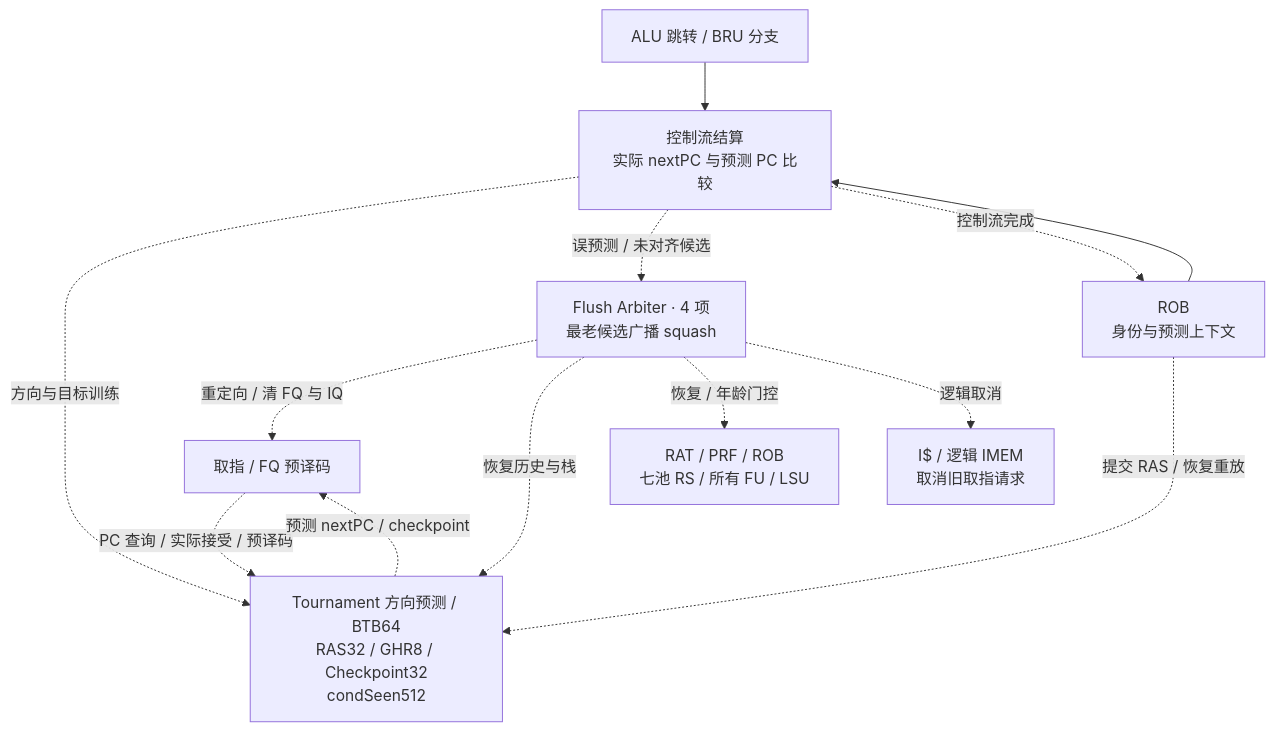
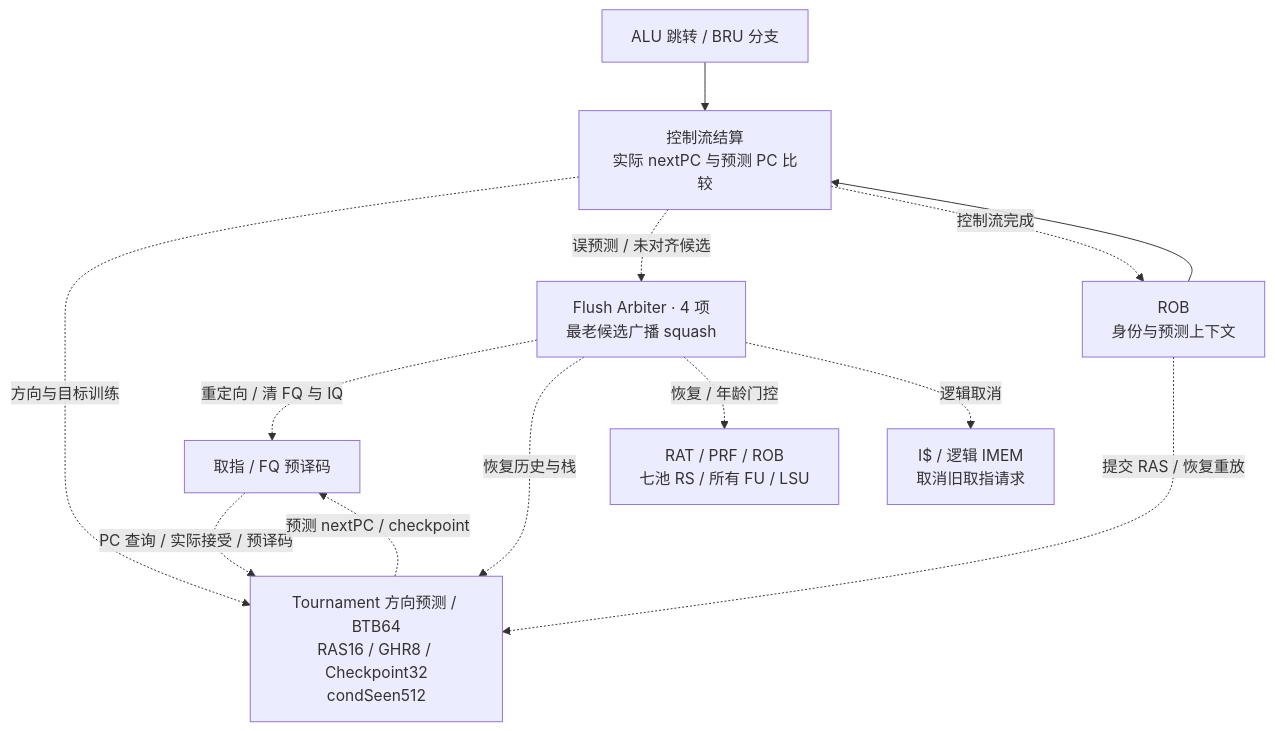
The third of 3 diagrams in README.md (CPU-2026/RISC-V-CPU-2026), drawn with Mermaid before and after one commit. The commit also changed other lines of this file and 24 other files, not shown here.

````diff
--- a/README.md
+++ b/README.md
@@ -102,24 +99,24 @@
 ```mermaid
 flowchart TB
     FRONT["取指 / FQ 预译码"]
-    BPU["Tournament 方向预测 / BTB64<br/>RAS32 / GHR8 / Checkpoint32<br/>condSeen512"]
+    BPU["Tournament 方向预测 / BTB64<br/>RAS16 / GHR8 / Checkpoint32<br/>condSeen512"]
     EXEC["ALU 跳转 / BRU 分支"]
     ROB["ROB<br/>身份与预测上下文"]
     CTRL["控制流结算<br/>实际 nextPC 与预测 PC 比较"]
     FLUSH["Flush Arbiter · 4 项<br/>最老候选广播 squash"]
     BACKEND["RAT / PRF / ROB<br/>七池 RS / 所有 FU / LSU"]
     IMEM["I$ / 逻辑 IMEM<br/>取消旧取指请求"]
 
     FRONT -.->|PC 查询 / 实际接受 / 预译码| BPU
     BPU -.->|预测 nextPC / checkpoint| FRONT
     EXEC --> CTRL
     ROB --> CTRL
     CTRL -.->|方向与目标训练| BPU
     CTRL -.->|误预测 / 未对齐候选| FLUSH
     CTRL -.->|控制流完成| ROB
     ROB -.->|提交 RAS / 恢复重放| BPU
     FLUSH -.->|重定向 / 清 FQ 与 IQ| FRONT
     FLUSH -.->|恢复历史与栈| BPU
     FLUSH -.->|恢复 / 年龄门控| BACKEND
     FLUSH -.->|逻辑取消| IMEM
 ```
````
